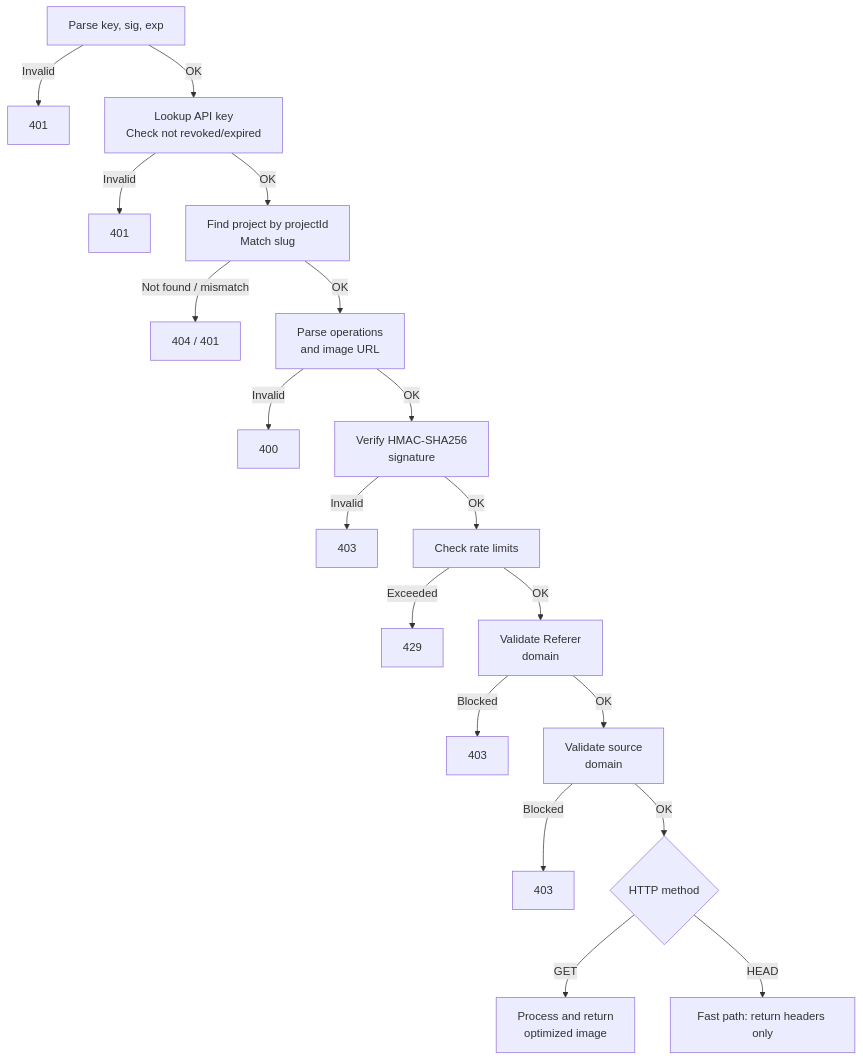
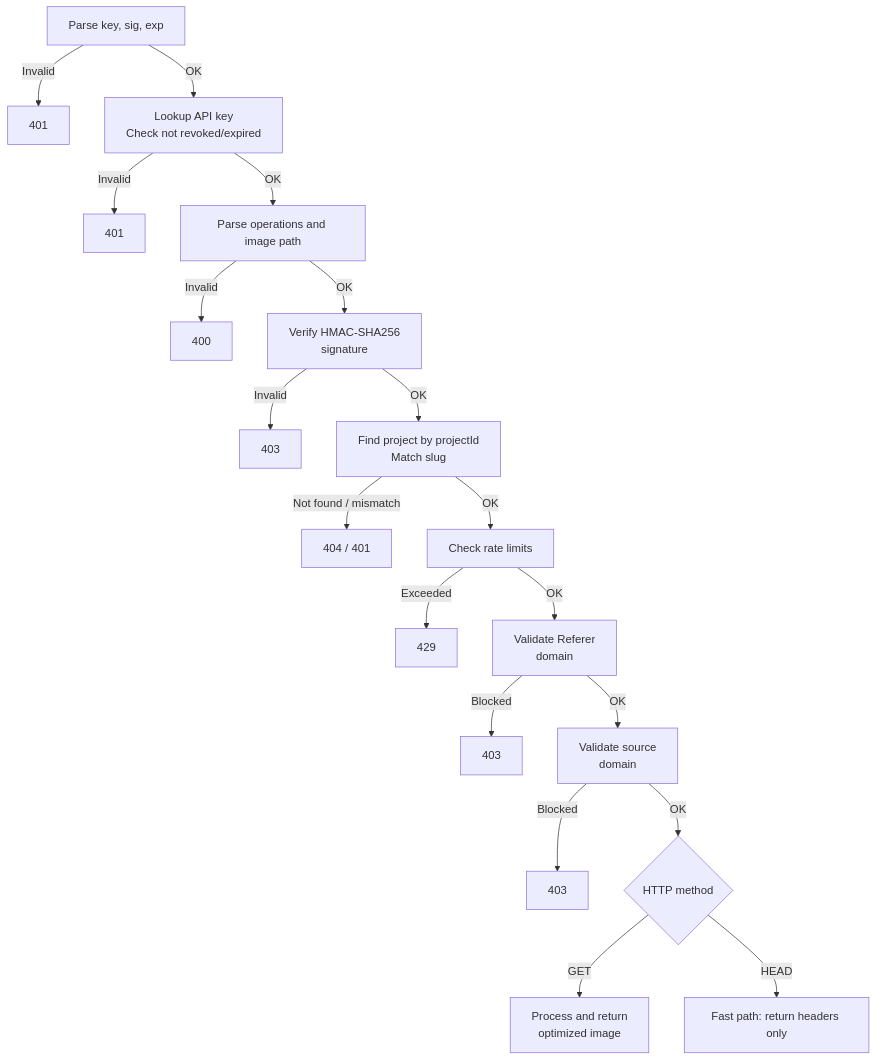
The diagram in apps/docs/content/docs/api-reference/endpoint.mdx (EricTsai83/optstuff), drawn with Mermaid before and after one commit. The commit also changed other lines of this file and 9 other files, not shown here.

````diff
--- a/apps/docs/content/docs/api-reference/endpoint.mdx
+++ b/apps/docs/content/docs/api-reference/endpoint.mdx
@@ -96,21 +96,21 @@
 ```mermaid
 flowchart TD
   A["Parse key, sig, exp"] -->|Invalid| E1["401"]
   A -->|OK| B["Lookup API key\nCheck not revoked/expired"]
   B -->|Invalid| E2["401"]
-  B -->|OK| C["Find project by projectId\nMatch slug"]
-  C -->|"Not found / mismatch"| E3["404 / 401"]
-  C -->|OK| D["Parse operations\nand image URL"]
-  D -->|Invalid| E4["400"]
-  D -->|OK| F["Verify HMAC-SHA256\nsignature"]
-  F -->|Invalid| E5["403"]
+  B -->|OK| C["Parse operations and image path"]
+  C -->|Invalid| E3["400"]
+  C -->|OK| D["Verify HMAC-SHA256\nsignature"]
+  D -->|Invalid| E4["403"]
+  D -->|OK| F["Find project by projectId\nMatch slug"]
+  F -->|"Not found / mismatch"| E5["404 / 401"]
   F -->|OK| G["Check rate limits"]
   G -->|Exceeded| E6["429"]
   G -->|OK| H["Validate Referer\ndomain"]
   H -->|Blocked| E7["403"]
   H -->|OK| I["Validate source\ndomain"]
   I -->|Blocked| E8["403"]
   I -->|OK| J{"HTTP method"}
   J -->|GET| K["Process and return\noptimized image"]
   J -->|HEAD| L["Fast path: return headers only"]
 ```
````
